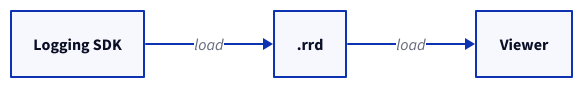
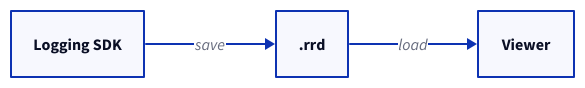
The third of 5 diagrams in docs/content/concepts/how-does-rerun-work.md (rerun-io/rerun), drawn with D2 before and after one commit. The commit also changed other lines of this file, not shown here.

````diff
--- a/docs/content/concepts/how-does-rerun-work.md
+++ b/docs/content/concepts/how-does-rerun-work.md
@@ -156,4 +156,5 @@
 ```d2
 direction: right
-Logging SDK -> ".rrd" -> Viewer: load
+Logging SDK -> ".rrd": save
+".rrd" -> Viewer: load
 ```
````
